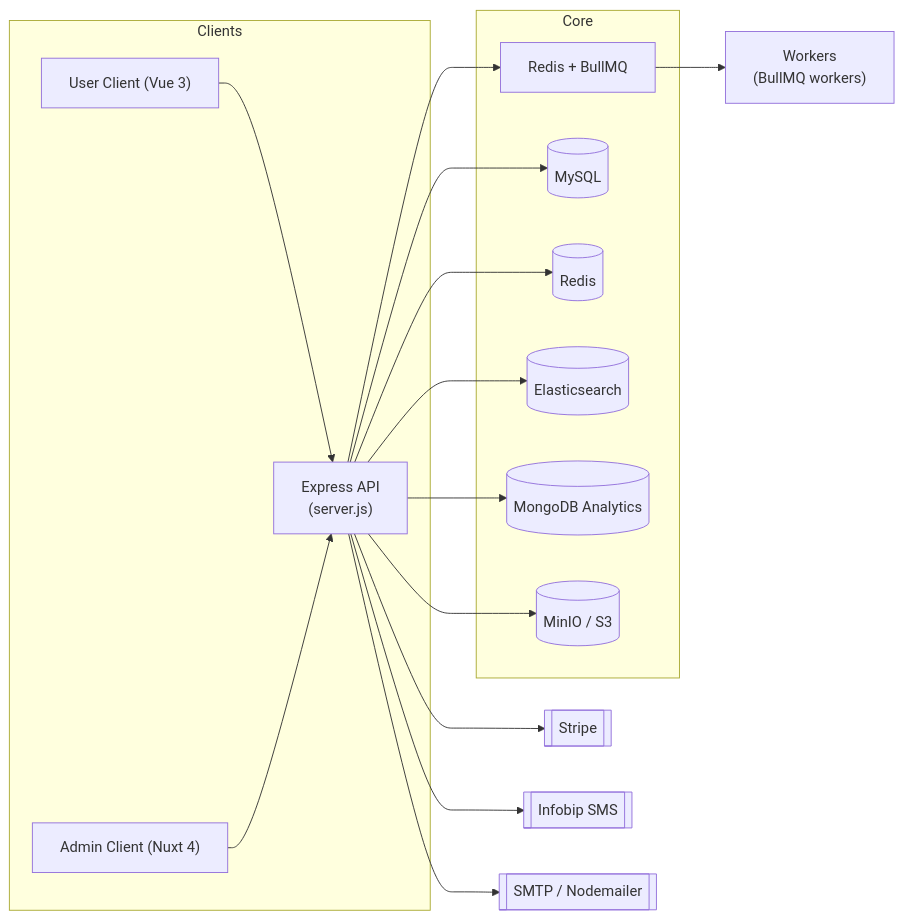
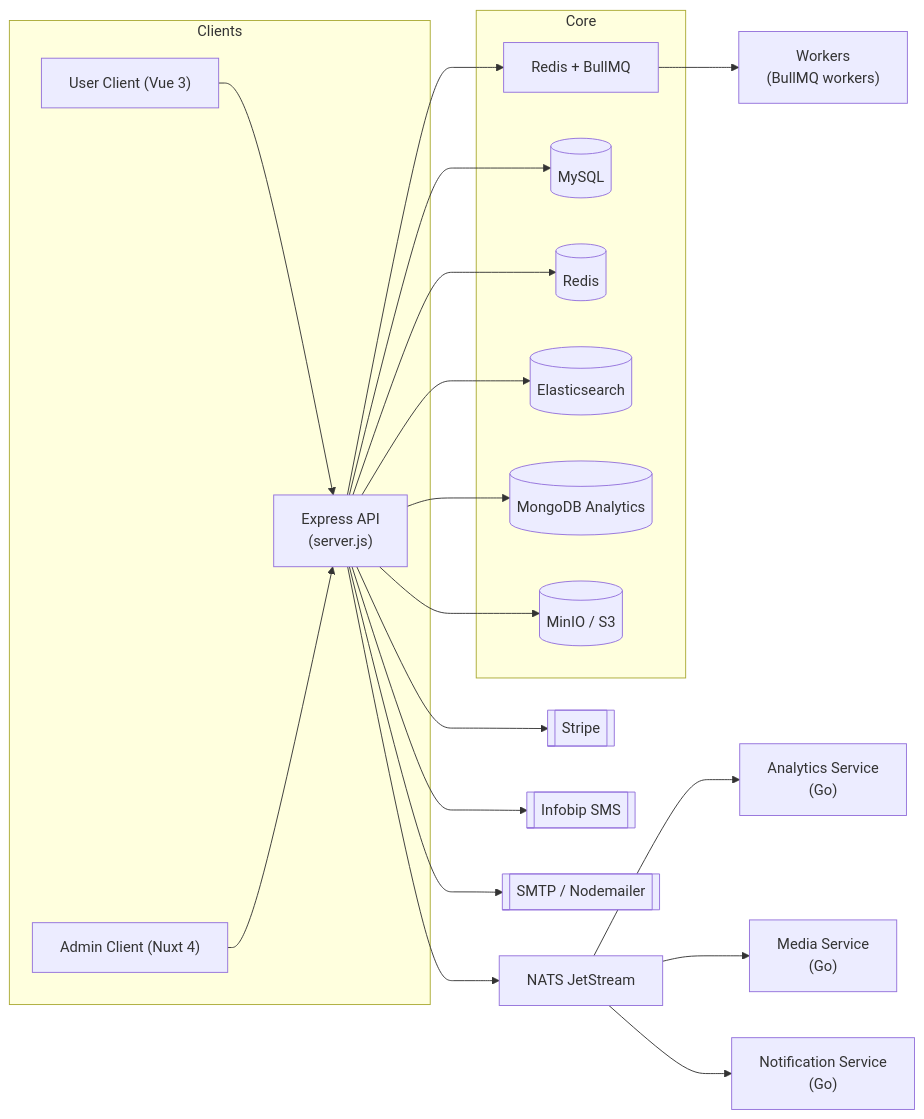
Before and after one commit to bk-leducphuong/TravelNest-Hotel_Booking_System: the diagram in server/README.md, drawn with Mermaid. The commit also changed other lines of this file and 18 other files, not shown here.

````diff
--- a/server/README.md
+++ b/server/README.md
@@ -33,22 +33,27 @@
 ```mermaid
 flowchart LR
   subgraph Clients
     UC["User Client (Vue 3)"] --> API
     AC["Admin Client (Nuxt 4)"] --> API
   end
 
   subgraph Core
     API["Express API\n(server.js)"] --> MQ["Redis + BullMQ"]
     API --> DB[(MySQL)]
     API --> RDS[(Redis)]
     API --> ES[(Elasticsearch)]
     API --> MDB[(MongoDB Analytics)]
     API --> MINIO[(MinIO / S3)]
   end
 
   MQ --> W["Workers\n(BullMQ workers)"]
 
+  API --> NS["NATS JetStream"]
+  NS --> AS["Analytics Service\n(Go)"]
+  NS --> MS["Media Service\n(Go)"]
+  NS --> NSVC["Notification Service\n(Go)"]
+
   API --> STRIPE[[Stripe]]
   API --> SMS[[Infobip SMS]]
   API --> MAIL[[SMTP / Nodemailer]] 
 ```
````
